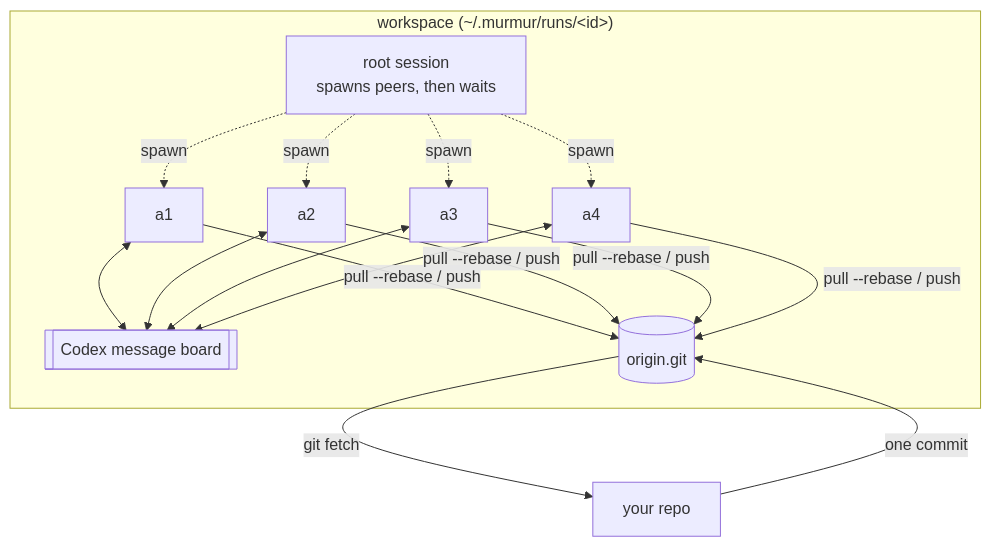
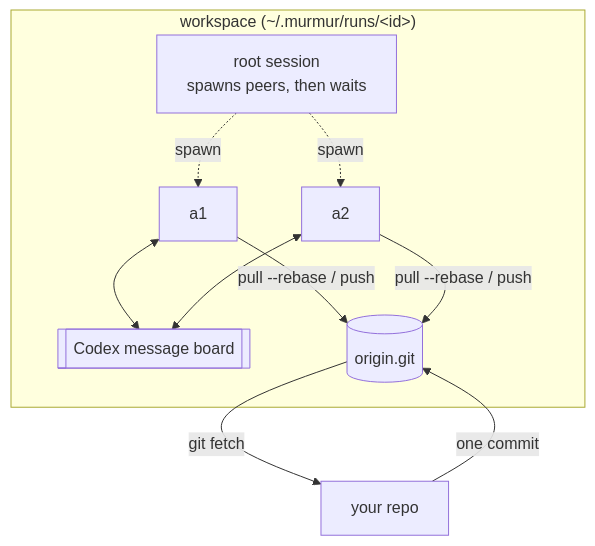
The diagram in README.md (yctimlin/murmur), drawn with Mermaid before and after one commit. The commit also changed other lines of this file and 1 other file, not shown here.

Commit message:
Show the two-peer default consistently in getting-started guidance

````diff
--- a/README.md
+++ b/README.md
@@ -18,14 +18,14 @@
 ```mermaid
 flowchart TB
   subgraph ws["workspace (~/.murmur/runs/&lt;id&gt;)"]
     R[root session<br/>spawns peers, then waits]
     B[[Codex message board]]
-    A1[a1] & A2[a2] & A3[a3] & A4[a4]
+    A1[a1] & A2[a2]
     O[(origin.git)]
-    R -. spawn .-> A1 & A2 & A3 & A4
-    A1 & A2 & A3 & A4 <--> B
-    A1 & A2 & A3 & A4 -- "pull --rebase / push" --> O
+    R -. spawn .-> A1 & A2
+    A1 & A2 <--> B
+    A1 & A2 -- "pull --rebase / push" --> O
   end
   U[your repo] -- "one commit" --> O
   O -- "git fetch" --> U
 ```
````
